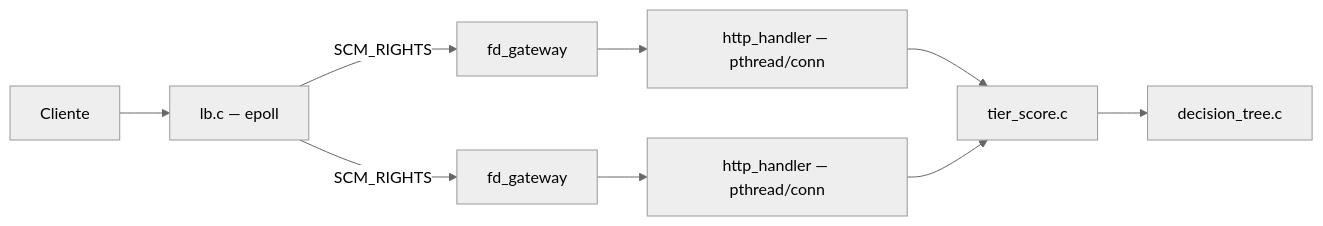
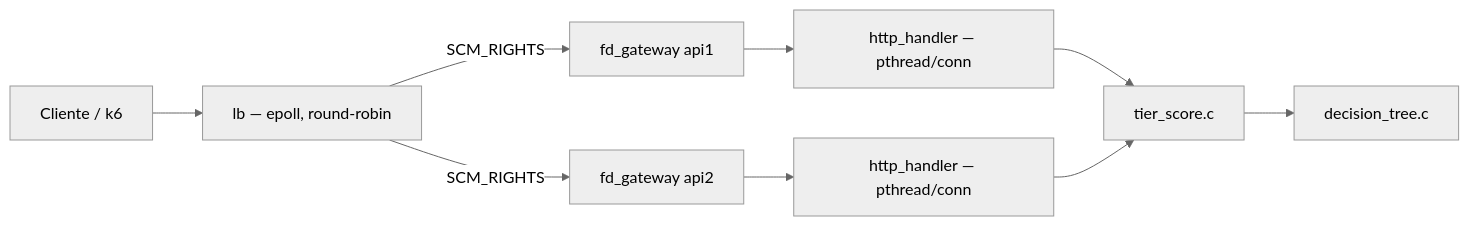
The first of 4 diagrams in README.md (adsanla/rinha2026), drawn with Mermaid (neutral theme) before and after one commit. The commit also changed other lines of this file, not shown here.

````diff
--- a/README.md
+++ b/README.md
@@ -7,11 +16,11 @@
 ```mermaid
 flowchart LR
-    C[Cliente] --> LB[lb.c — epoll]
-    LB -->|SCM_RIGHTS| G1[fd_gateway]
-    LB -->|SCM_RIGHTS| G2[fd_gateway]
+    C[Cliente / k6] --> LB[lb — epoll, round-robin]
+    LB -->|SCM_RIGHTS| G1[fd_gateway api1]
+    LB -->|SCM_RIGHTS| G2[fd_gateway api2]
     G1 --> S1[http_handler — pthread/conn]
     G2 --> S2[http_handler — pthread/conn]
     S1 --> TS[tier_score.c]
     S2 --> TS
     TS --> DT[decision_tree.c]
 ```
````
